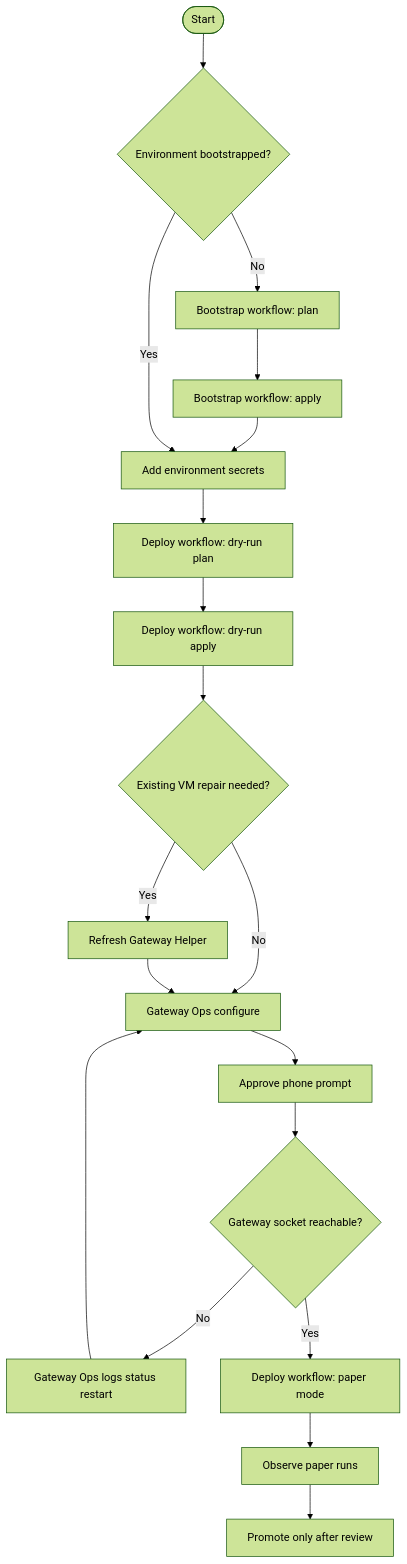
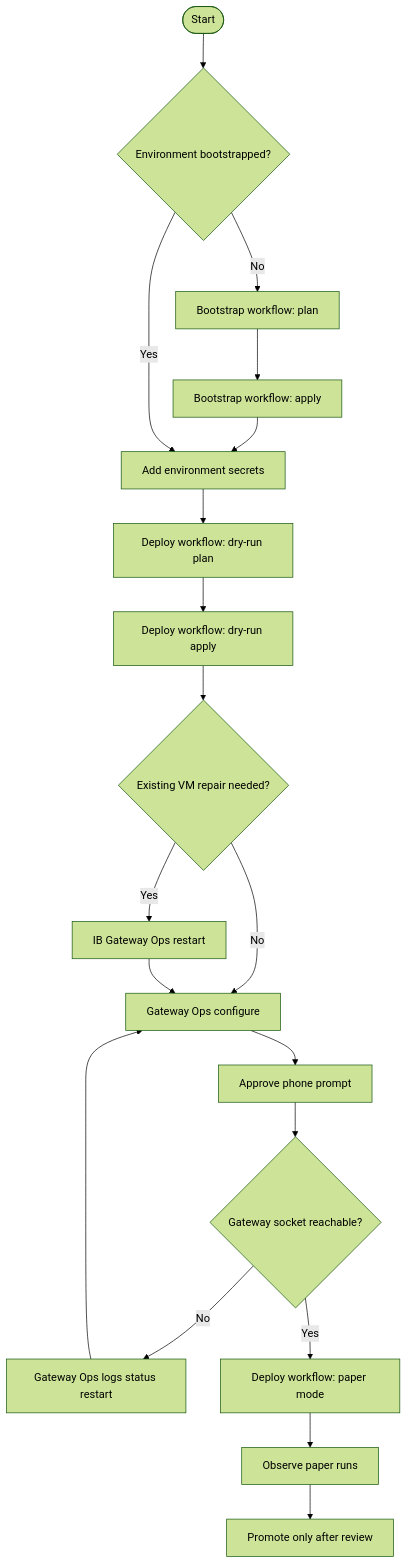
Before and after one commit to kingyx3/poma: the diagram in docs/workflow-runbook.md, drawn with Mermaid (forest theme). The commit also changed other lines of this file and 11 other files, not shown here.

````diff
--- a/docs/workflow-runbook.md
+++ b/docs/workflow-runbook.md
@@ -7,21 +7,21 @@
 ```mermaid
 flowchart TD
   A([Start]) --> B{Environment bootstrapped?}
   B -- No --> C[Bootstrap workflow: plan]
   C --> D[Bootstrap workflow: apply]
   D --> E[Add environment secrets]
   B -- Yes --> E
   E --> F[Deploy workflow: dry-run plan]
   F --> G[Deploy workflow: dry-run apply]
   G --> H{Existing VM repair needed?}
-  H -- Yes --> I[Refresh Gateway Helper]
+  H -- Yes --> I[IB Gateway Ops restart]
   H -- No --> J[Gateway Ops configure]
   I --> J
   J --> K[Approve phone prompt]
   K --> L{Gateway socket reachable?}
   L -- No --> M[Gateway Ops logs status restart]
   M --> J
   L -- Yes --> N[Deploy workflow: paper mode]
   N --> O[Observe paper runs]
   O --> P[Promote only after review]
 ```
````
